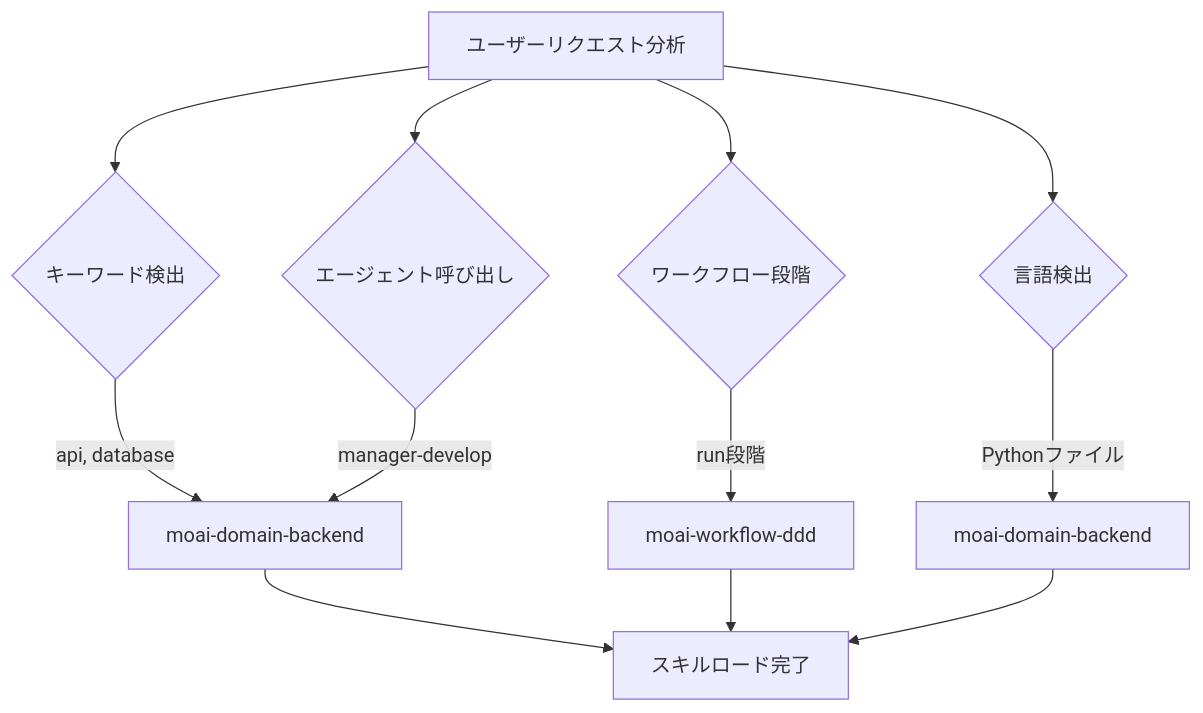
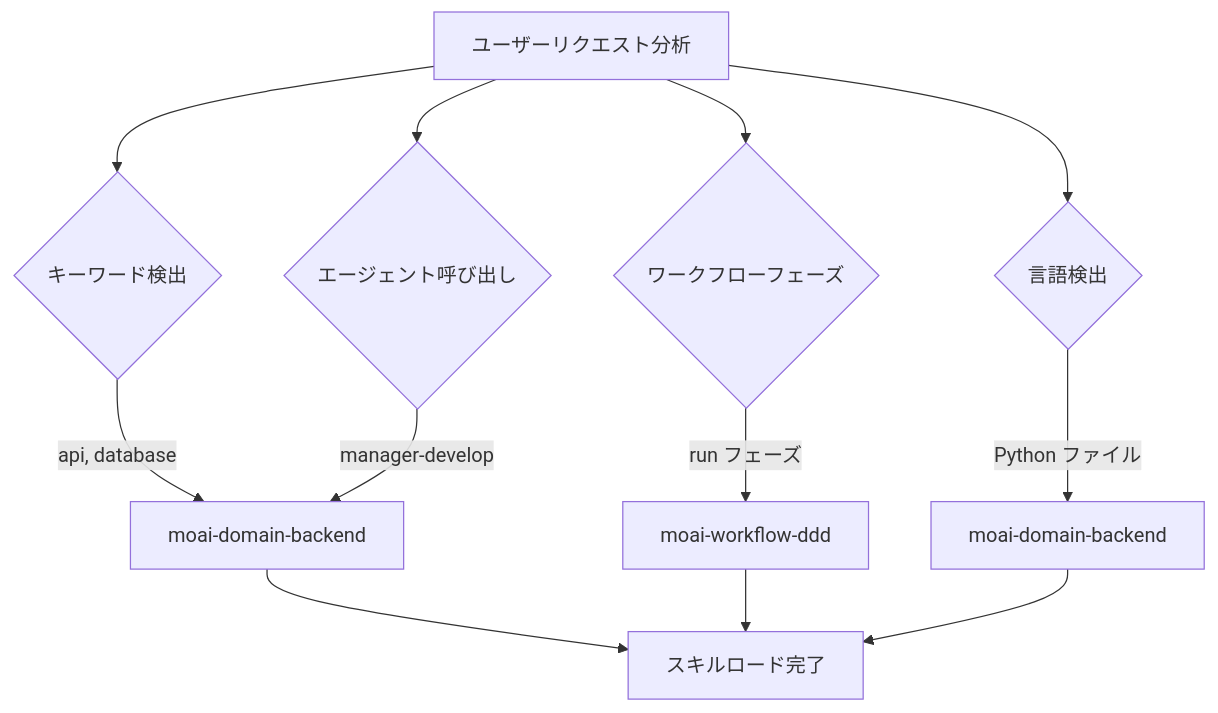
One commit to modu-ai/moai-adk changed the third of 4 diagrams in docs-site/content/ja/advanced/skill-guide.md. Above: the diagram before and after it, drawn with Mermaid. The commit also changed other lines of this file and 395 other files, not shown here.

````diff
--- a/docs-site/content/ja/advanced/skill-guide.md
+++ b/docs-site/content/ja/advanced/skill-guide.md
@@ -159,16 +158,16 @@
 ```mermaid
 flowchart TD
     REQ[ユーザーリクエスト分析] --> KW{キーワード検出}
     REQ --> AG{エージェント呼び出し}
-    REQ --> PH{ワークフロー段階}
+    REQ --> PH{ワークフローフェーズ}
     REQ --> LN{言語検出}
 
     KW -->|"api, database"| SKILL1[moai-domain-backend]
     AG -->|"manager-develop"| SKILL1
-    PH -->|"run段階"| SKILL2[moai-workflow-ddd]
-    LN -->|"Pythonファイル"| SKILL3[moai-domain-backend]
+    PH -->|"run フェーズ"| SKILL2[moai-workflow-ddd]
+    LN -->|"Python ファイル"| SKILL3[moai-domain-backend]
 
     SKILL1 --> LOAD[スキルロード完了]
     SKILL2 --> LOAD
     SKILL3 --> LOAD
 ```
````
